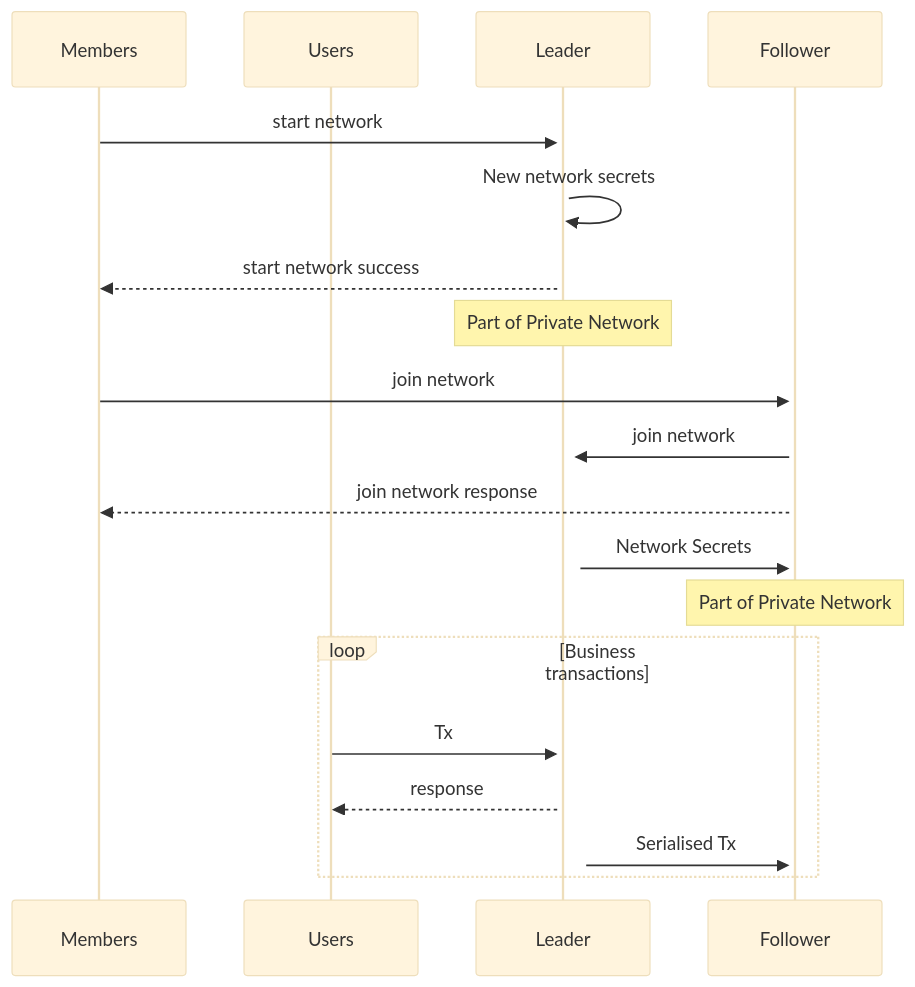
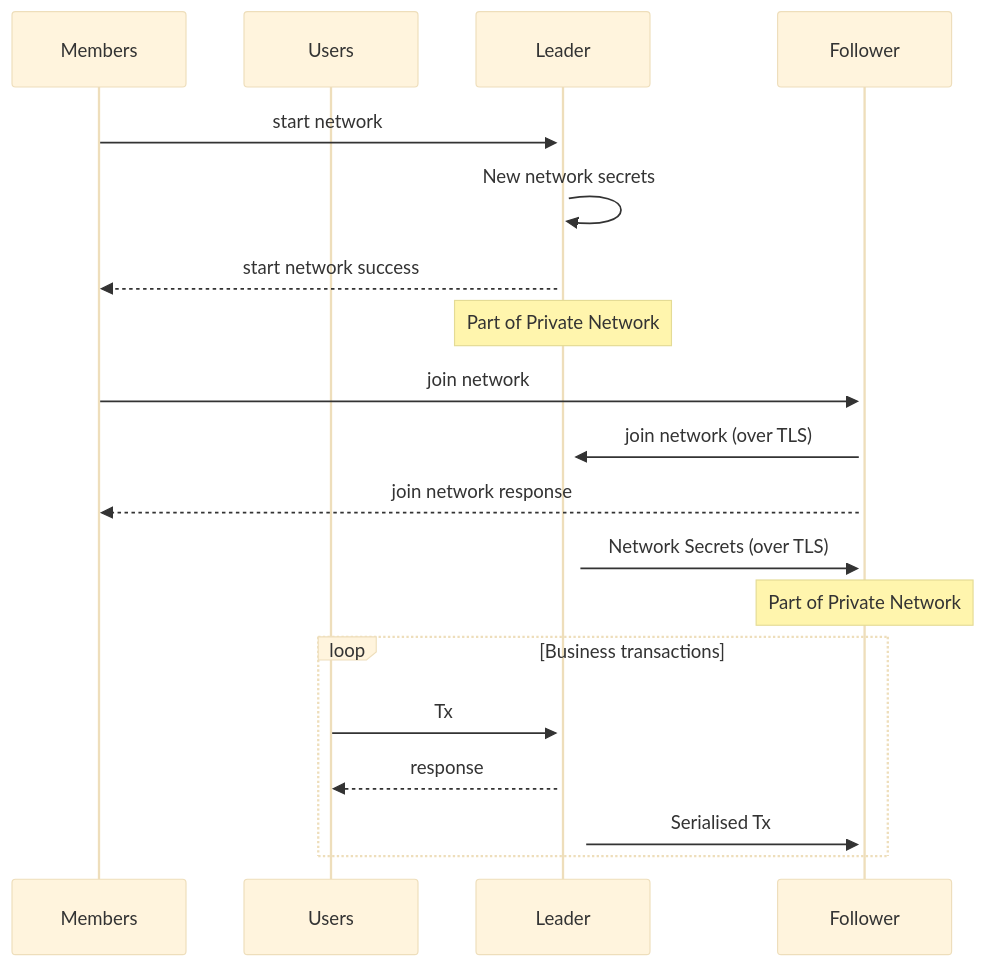
Before and after one commit to microsoft/CCF: the diagram in sphinx/source/start_network.rst, drawn with Mermaid (base theme). The commit also changed other lines of this file and 4 other files, not shown here.

```diff
--- a/sphinx/source/start_network.rst
+++ b/sphinx/source/start_network.rst
@@ -95,26 +95,26 @@
 .. mermaid::
 
     sequenceDiagram
         participant Members
         participant Users
         participant Leader
         participant Follower
 
         Members->>+Leader: start network
         Leader->>+Leader: New network secrets
         Leader-->>Members: start network success
 
         Note over Leader: Part of Private Network
 
         Members->>+Follower: join network
-        Follower->>+Leader: join network
+        Follower->>+Leader: join network (over TLS)
         Follower-->>Members: join network response
-        Leader->>+Follower: Network Secrets
+        Leader->>+Follower: Network Secrets (over TLS)
 
         Note over Follower: Part of Private Network
 
         loop Business transactions
             Users->>+Leader: Tx
             Leader-->>Users: response
             Leader->>+Follower: Serialised Tx
         end
```
